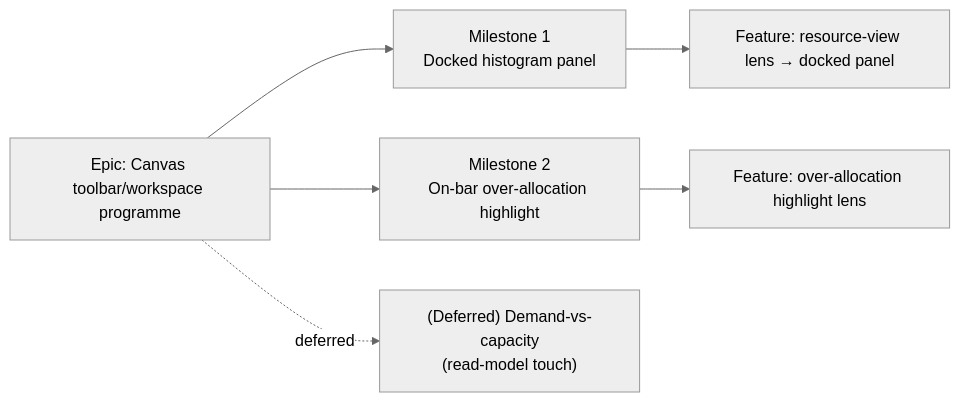
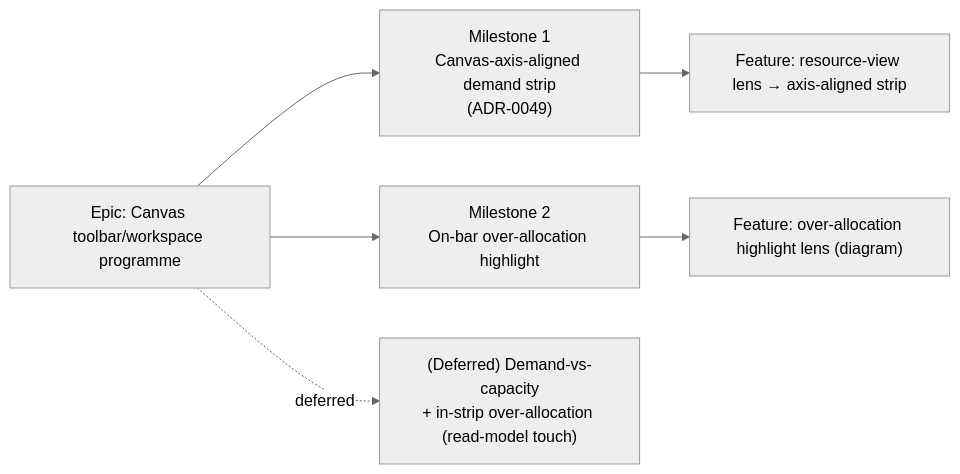
Before and after one commit to HuttonHomeHub/SchedulePoint_1: the diagram in docs/specs/canvas-resource-view/implementation-plan.md, drawn with Mermaid (neutral theme). The commit also changed other lines of this file and 3 other files, not shown here.

First line of the commit message:
docs(docs): ADR-0049 + revised Stage E plan — canvas-axis-aligned resource strip

````diff
--- a/docs/specs/canvas-resource-view/implementation-plan.md
+++ b/docs/specs/canvas-resource-view/implementation-plan.md
@@ -9,8 +9,8 @@
 ```mermaid
 flowchart LR
-  E["Epic: Canvas toolbar/workspace programme"] --> M1["Milestone 1\nDocked histogram panel"]
+  E["Epic: Canvas toolbar/workspace programme"] --> M1["Milestone 1\nCanvas-axis-aligned demand strip\n(ADR-0049)"]
   E --> M2["Milestone 2\nOn-bar over-allocation highlight"]
-  E -.deferred.-> M3["(Deferred) Demand-vs-capacity\n(read-model touch)"]
-  M1 --> F1["Feature: resource-view lens → docked panel"]
-  M2 --> F2["Feature: over-allocation highlight lens"]
+  E -.deferred.-> M3["(Deferred) Demand-vs-capacity\n+ in-strip over-allocation (read-model touch)"]
+  M1 --> F1["Feature: resource-view lens → axis-aligned strip"]
+  M2 --> F2["Feature: over-allocation highlight lens (diagram)"]
 ```
````
